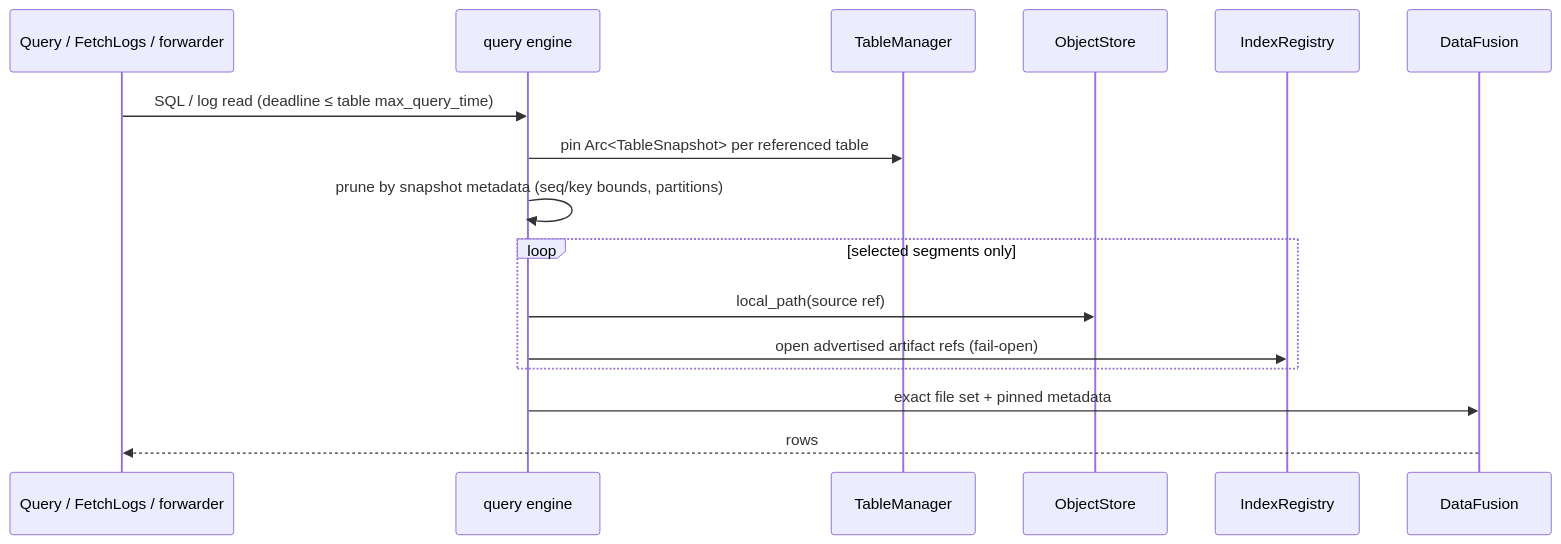
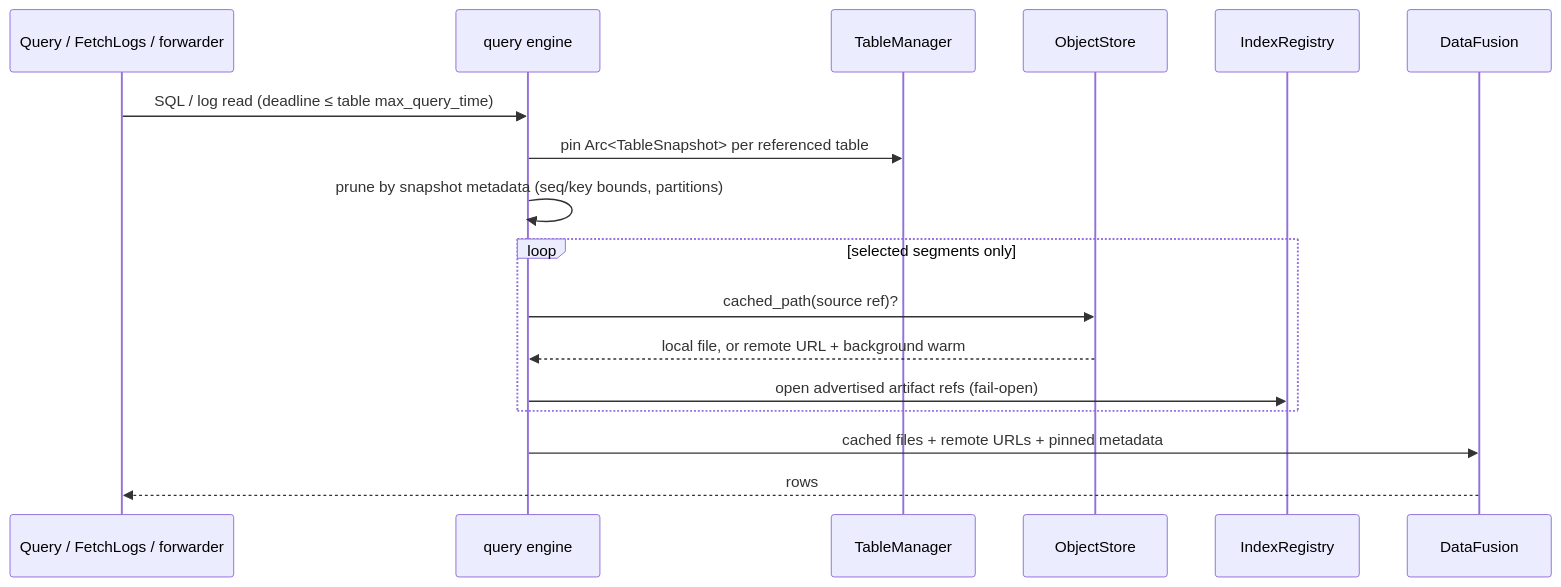
One commit to marin-community/marin changed the third of 6 diagrams in lib/finelog/ARCHITECTURE.md. Above: the diagram before and after it, drawn with Mermaid. The commit also changed other lines of this file and 9 other files, not shown here.

````diff
--- a/lib/finelog/ARCHITECTURE.md
+++ b/lib/finelog/ARCHITECTURE.md
@@ -153,19 +153,20 @@
 ```mermaid
 sequenceDiagram
     participant C as Query / FetchLogs / forwarder
     participant QE as query engine
     participant TM as TableManager
     participant OS as ObjectStore
     participant IX as IndexRegistry
     participant DF as DataFusion
 
     C->>QE: SQL / log read (deadline ≤ table max_query_time)
     QE->>TM: pin Arc<TableSnapshot> per referenced table
     QE->>QE: prune by snapshot metadata (seq/key bounds, partitions)
     loop selected segments only
-        QE->>OS: local_path(source ref)
+        QE->>OS: cached_path(source ref)?
+        OS-->>QE: local file, or remote URL + background warm
         QE->>IX: open advertised artifact refs (fail-open)
     end
-    QE->>DF: exact file set + pinned metadata
+    QE->>DF: cached files + remote URLs + pinned metadata
     DF-->>C: rows
 ```
````
